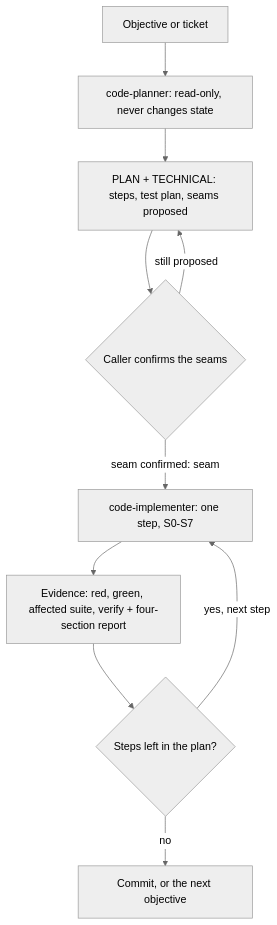
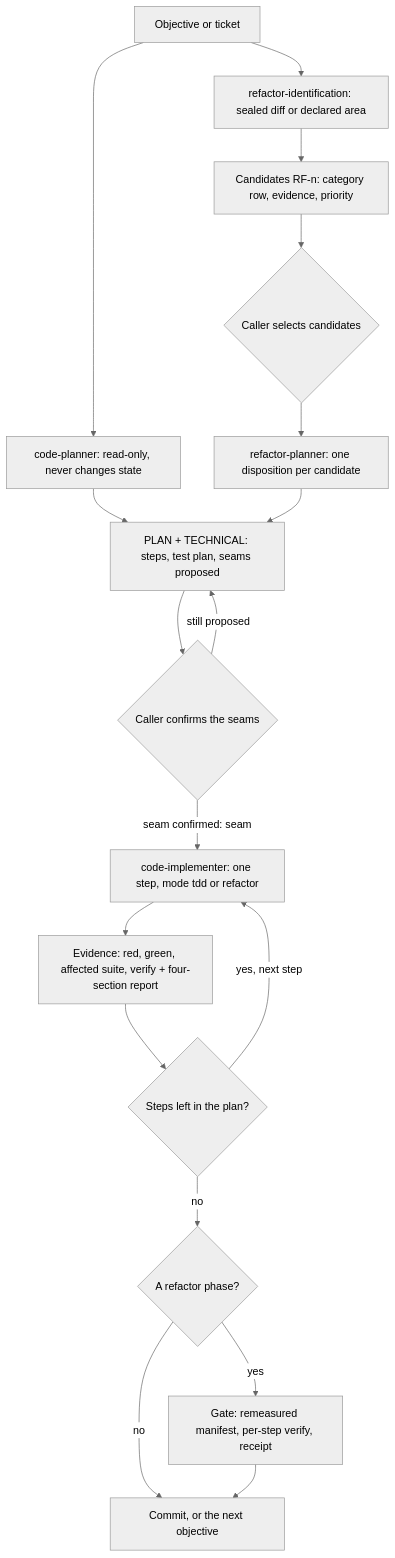
The diagram in agents/README.md (piousp/agentic-toolkit), drawn with Mermaid (neutral theme) before and after one commit. The commit also changed other lines of this file and 3 other files, not shown here.

Commit message:
document the refactor phase and show it in the agent diagram

````diff
--- a/agents/README.md
+++ b/agents/README.md
@@ -15,12 +15,20 @@
 ```mermaid
 flowchart TD
     A["Objective or ticket"] --> B["code-planner: read-only, never changes state"]
     B --> C["PLAN + TECHNICAL: steps, test plan, seams proposed"]
+    A --> N["refactor-identification: sealed diff or declared area"]
+    N --> O["Candidates RF-n: category row, evidence, priority"]
+    O --> P{"Caller selects candidates"}
+    P --> Q["refactor-planner: one disposition per candidate"]
+    Q --> C
     C --> D{"Caller confirms the seams"}
     D -- "still proposed" --> C
-    D -- "seam confirmed: seam" --> E["code-implementer: one step, S0-S7"]
+    D -- "seam confirmed: seam" --> E["code-implementer: one step, mode tdd or refactor"]
     E --> F["Evidence: red, green, affected suite, verify + four-section report"]
     F --> G{"Steps left in the plan?"}
     G -- "yes, next step" --> E
-    G -- "no" --> H["Commit, or the next objective"]
+    G -- "no" --> H{"A refactor phase?"}
+    H -- "yes" --> I["Gate: remeasured manifest, per-step verify, receipt"]
+    H -- "no" --> J["Commit, or the next objective"]
+    I --> J
 ```
````
